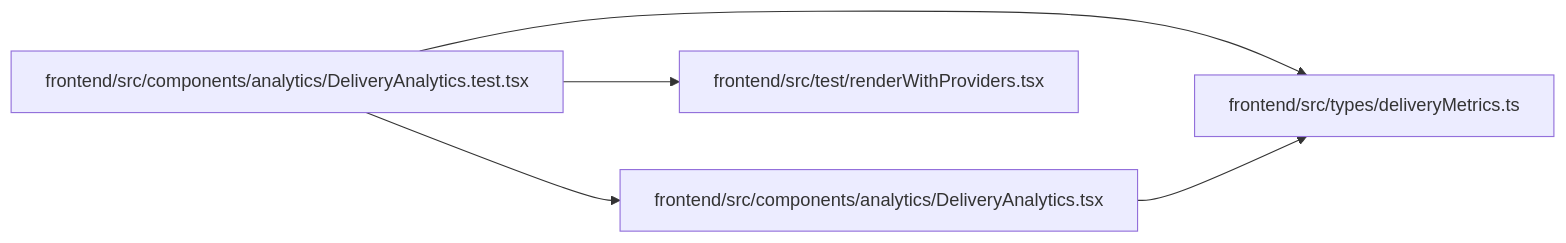
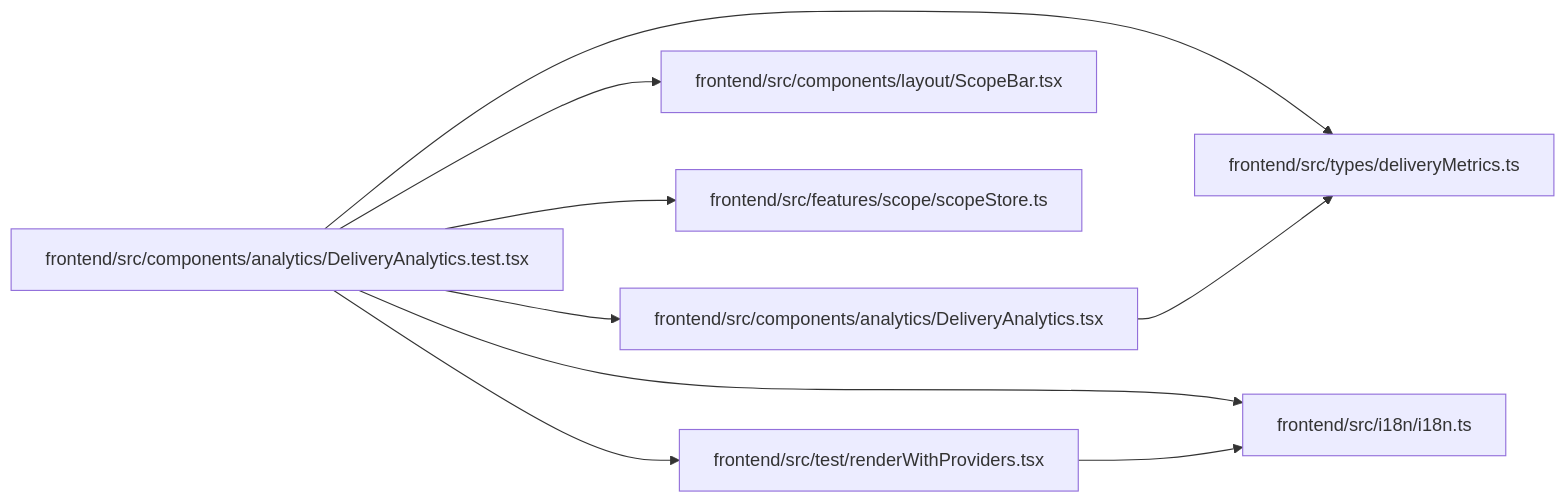
Before and after one commit to Denissvgn/WorkChord: the diagram in docs/llm_wiki/modules/DeliveryAnalytics.test.md, drawn with Mermaid. The commit also changed other lines of this file and 2373 other files, not shown here.

````diff
--- a/docs/llm_wiki/modules/DeliveryAnalytics.test.md
+++ b/docs/llm_wiki/modules/DeliveryAnalytics.test.md
@@ -31,15 +34,25 @@
 ```mermaid
 flowchart LR
     n0["frontend/src/components/analytics/DeliveryAnalytics.test.tsx"]
     n1["frontend/src/components/analytics/DeliveryAnalytics.tsx"]
-    n2["frontend/src/test/renderWithProviders.tsx"]
-    n3["frontend/src/types/deliveryMetrics.ts"]
+    n2["frontend/src/components/layout/ScopeBar.tsx"]
+    n3["frontend/src/features/scope/scopeStore.ts"]
+    n4["frontend/src/i18n/i18n.ts"]
+    n5["frontend/src/test/renderWithProviders.tsx"]
+    n6["frontend/src/types/deliveryMetrics.ts"]
     n0 --> n1
     n0 --> n2
     n0 --> n3
-    n1 --> n3
+    n0 --> n4
+    n0 --> n5
+    n0 --> n6
+    n1 --> n6
+    n5 --> n4
     click n0 "../modules/DeliveryAnalytics.test.md"
     click n1 "../modules/DeliveryAnalytics.md"
-    click n2 "../modules/renderWithProviders.md"
-    click n3 "../modules/deliveryMetrics.md"
+    click n2 "../modules/ScopeBar.md"
+    click n3 "../modules/scopeStore.md"
+    click n4 "../modules/i18n.md"
+    click n5 "../modules/renderWithProviders.md"
+    click n6 "../modules/deliveryMetrics.md"
 ```
````
